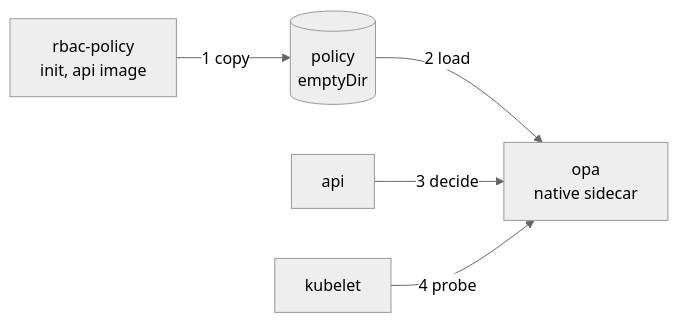
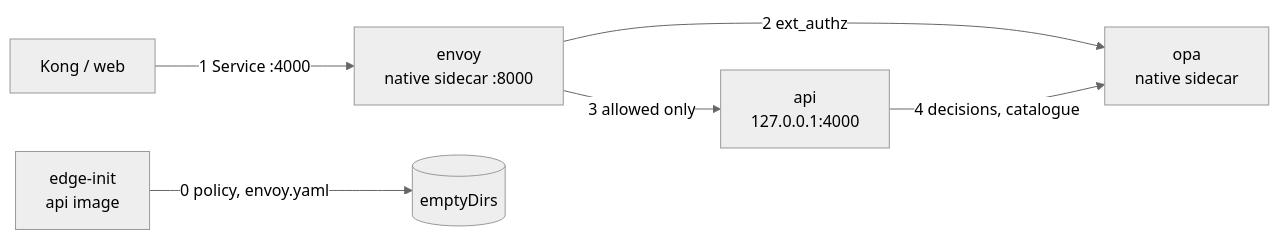
One commit to Blue-Dots-Economy/bluedots-automation changed the diagram in docs/aggregator-rbac-opa-plan.md. Above: the diagram before and after it, drawn with Mermaid (neutral theme). The commit also changed other lines of this file and 13 other files, not shown here.

First line of the commit message:
feat(aggregator): Envoy + OPA edge sidecars in the api pod

````diff
--- a/docs/aggregator-rbac-opa-plan.md
+++ b/docs/aggregator-rbac-opa-plan.md
@@ -16,7 +18,8 @@
 ```mermaid
 flowchart LR
-  I["rbac-policy<br/>init, api image"] -->|1 copy| V[("policy<br/>emptyDir")]
-  V -->|2 load| O["opa<br/>native sidecar"]
-  A["api"] -->|3 decide| O
-  K["kubelet"] -->|4 probe| O
+  K["Kong / web"] -->|1 Service :4000| E["envoy<br/>native sidecar :8000"]
+  E -->|2 ext_authz| O["opa<br/>native sidecar"]
+  E -->|3 allowed only| A["api<br/>127.0.0.1:4000"]
+  A -->|4 decisions, catalogue| O
+  I["edge-init<br/>api image"] -->|0 policy, envoy.yaml| V[("emptyDirs")]
 ```
````
